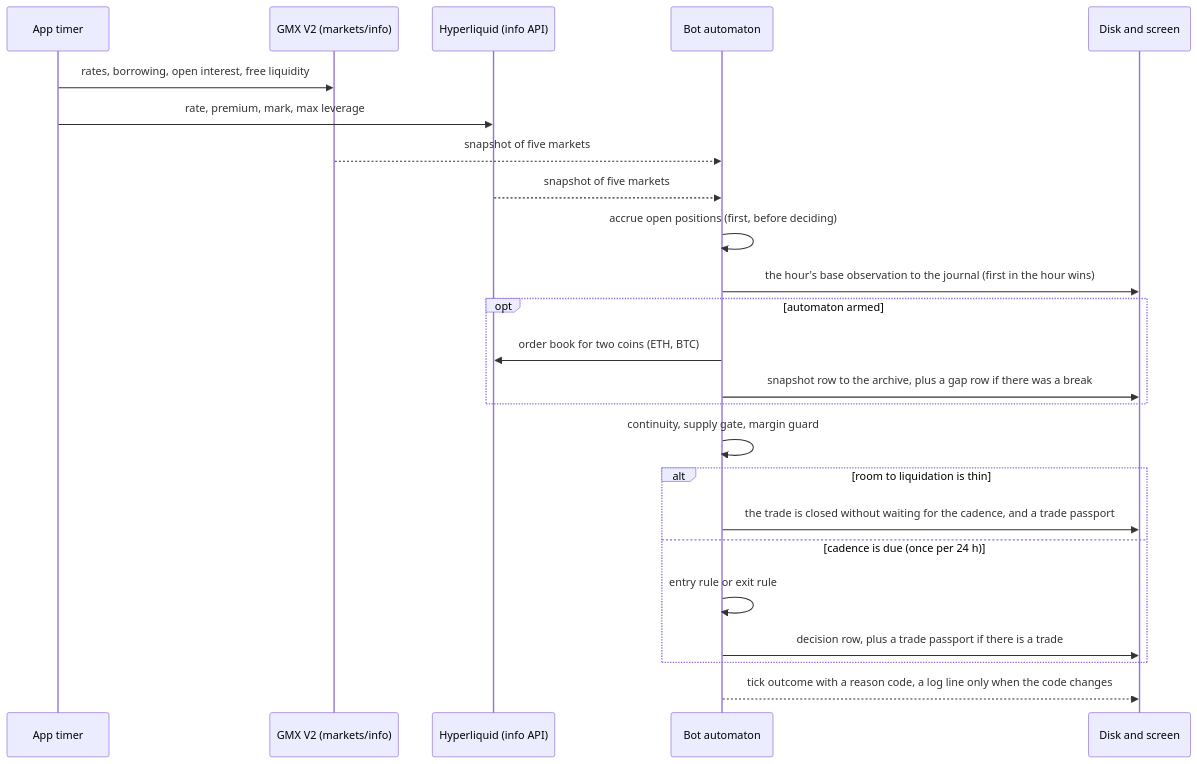
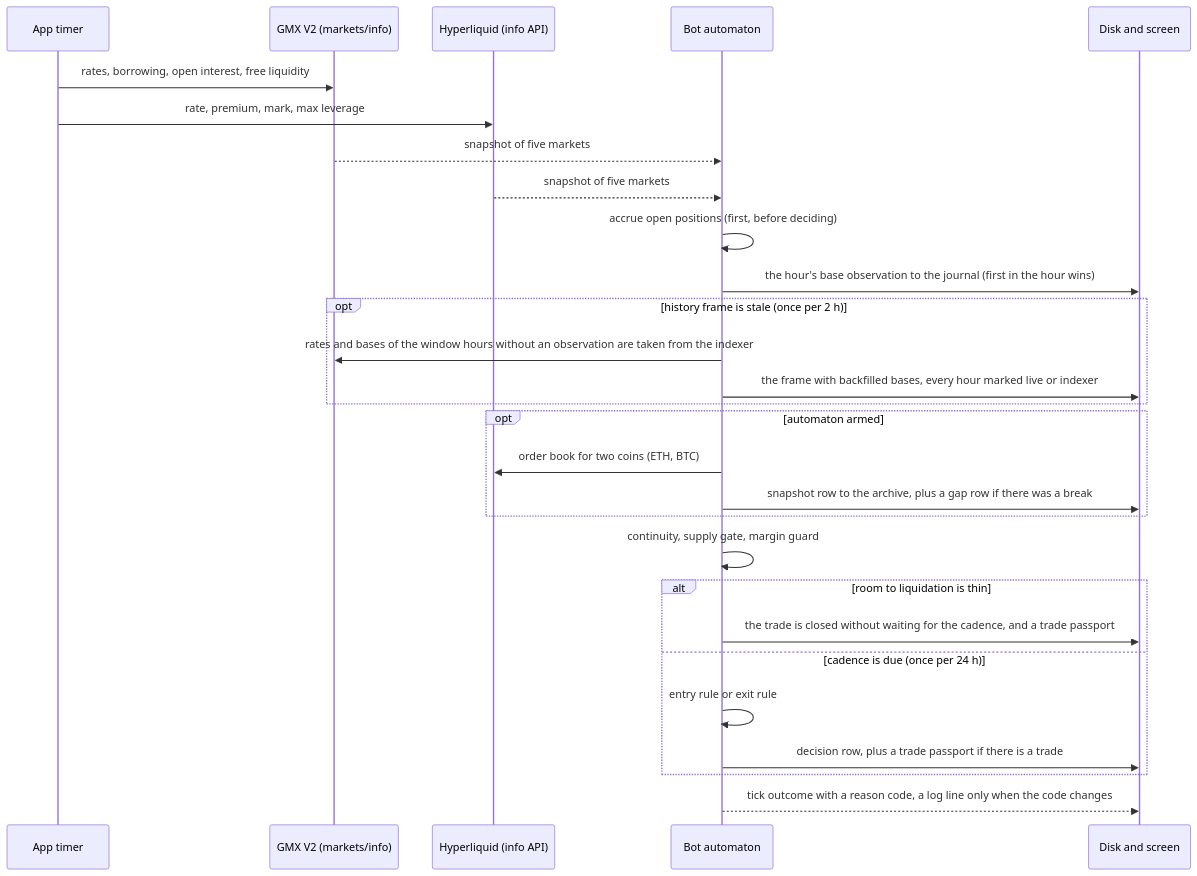
Before and after one commit to hamiltonalex/botLab: the second of 6 diagrams in botLab-desktop/docs/bot1-funding-arb-how-it-works.en.md, drawn with Mermaid. The commit also changed other lines of this file and 19 other files, not shown here.

````diff
--- a/botLab-desktop/docs/bot1-funding-arb-how-it-works.en.md
+++ b/botLab-desktop/docs/bot1-funding-arb-how-it-works.en.md
@@ -95,26 +98,30 @@
 ```mermaid
 sequenceDiagram
     participant T as App timer
     participant G as GMX V2 (markets/info)
     participant H as Hyperliquid (info API)
     participant E as Bot automaton
     participant D as Disk and screen
     T->>G: rates, borrowing, open interest, free liquidity
     T->>H: rate, premium, mark, max leverage
     G-->>E: snapshot of five markets
     H-->>E: snapshot of five markets
     E->>E: accrue open positions (first, before deciding)
     E->>D: the hour's base observation to the journal (first in the hour wins)
+    opt history frame is stale (once per 2 h)
+        E->>G: rates and bases of the window hours without an observation are taken from the indexer
+        E->>D: the frame with backfilled bases, every hour marked live or indexer
+    end
     opt automaton armed
         E->>H: order book for two coins (ETH, BTC)
         E->>D: snapshot row to the archive, plus a gap row if there was a break
     end
     E->>E: continuity, supply gate, margin guard
     alt room to liquidation is thin
         E->>D: the trade is closed without waiting for the cadence, and a trade passport
     else cadence is due (once per 24 h)
         E->>E: entry rule or exit rule
         E->>D: decision row, plus a trade passport if there is a trade
     end
     E-->>D: tick outcome with a reason code, a log line only when the code changes
 ```
````
